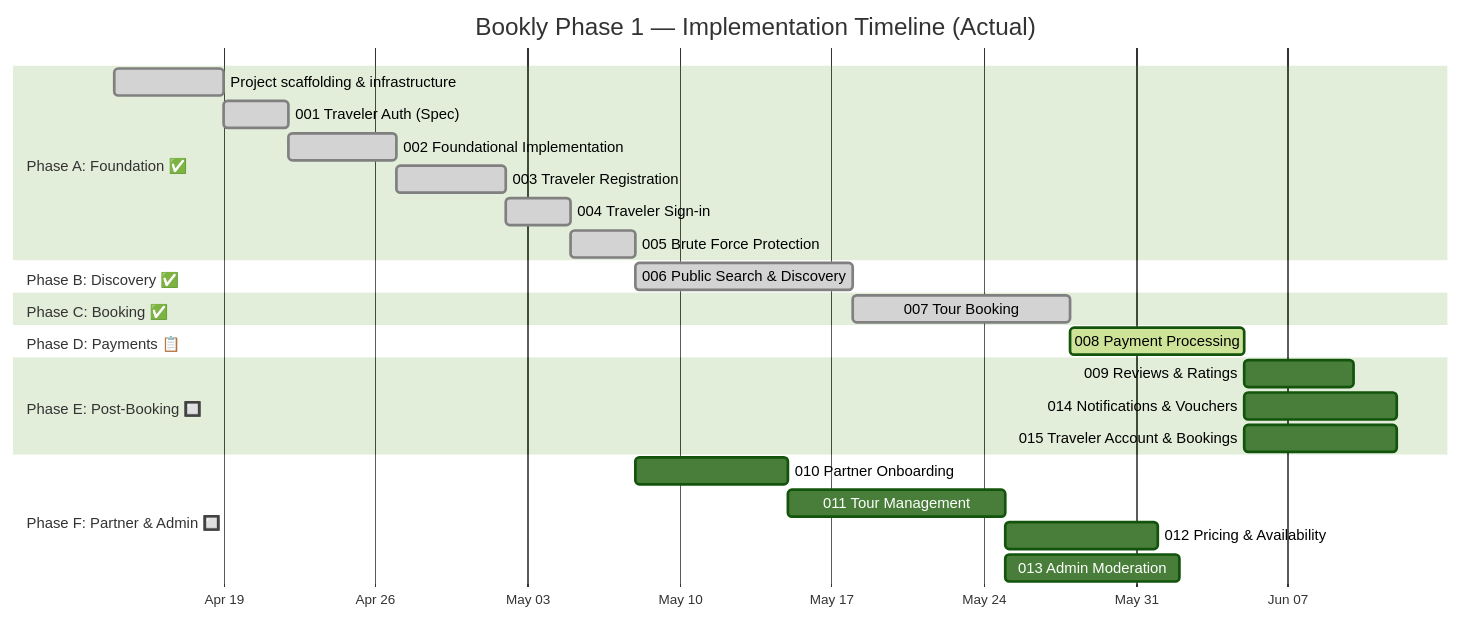
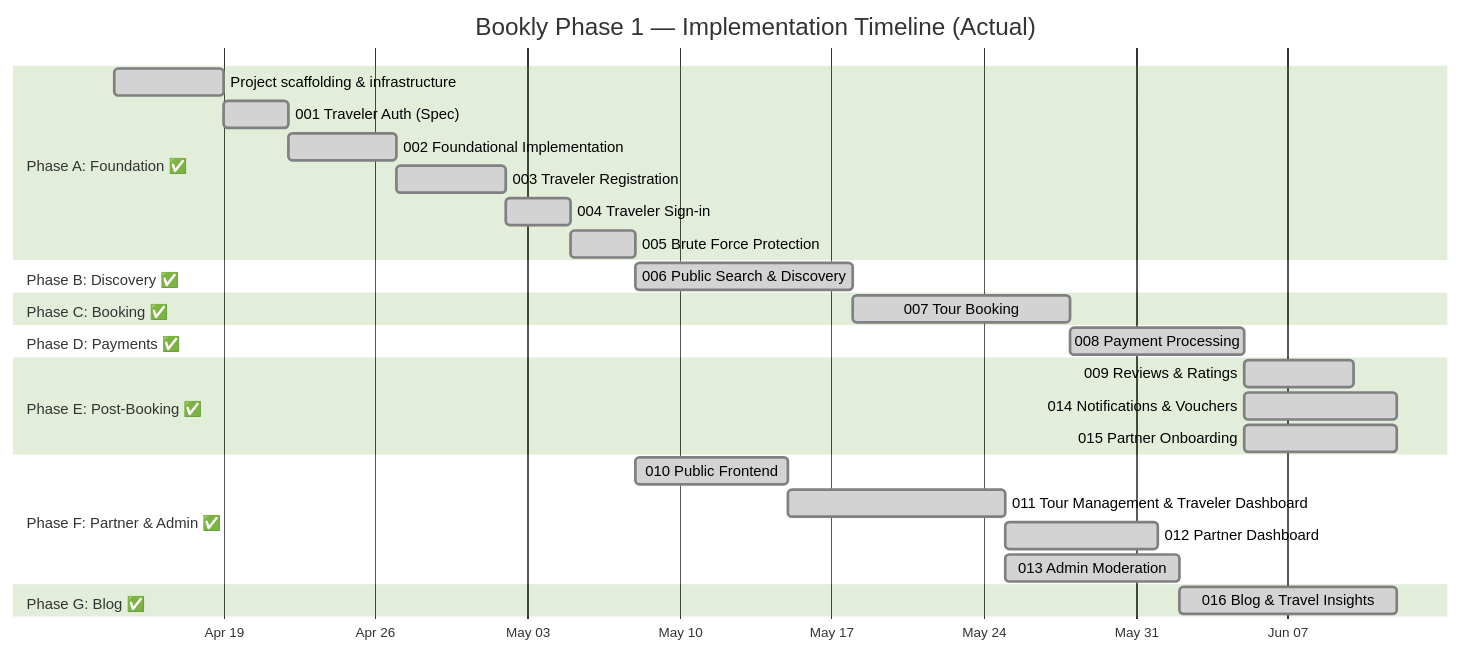
One commit to hatemsamirafifi/bookly-travel changed the diagram in docs/implementation-plan.md. Above: the diagram before and after it, drawn with Mermaid (forest theme). The commit also changed other lines of this file and 143 other files, not shown here.

````diff
--- a/docs/implementation-plan.md
+++ b/docs/implementation-plan.md
@@ -291,34 +297,37 @@
 ```mermaid
 gantt
     title Bookly Phase 1 — Implementation Timeline (Actual)
     dateFormat  YYYY-MM-DD
     axisFormat  %b %d
 
     section Phase A: Foundation ✅
     Project scaffolding & infrastructure       :done, a1, 2026-04-14, 5d
     001 Traveler Auth (Spec)                   :done, a2, after a1, 3d
     002 Foundational Implementation            :done, a3, after a2, 5d
     003 Traveler Registration                  :done, a4, after a3, 5d
     004 Traveler Sign-in                       :done, a5, after a4, 3d
     005 Brute Force Protection                 :done, a6, after a5, 3d
 
     section Phase B: Discovery ✅
     006 Public Search & Discovery              :done, b1, after a6, 10d
 
     section Phase C: Booking ✅
     007 Tour Booking                           :done, c1, after b1, 10d
 
-    section Phase D: Payments 📋
-    008 Payment Processing                     :active, d1, after c1, 8d
+    section Phase D: Payments ✅
+    008 Payment Processing                     :done, d1, after c1, 8d
 
-    section Phase E: Post-Booking 🔲
-    009 Reviews & Ratings                      :e1, after d1, 5d
-    014 Notifications & Vouchers               :e2, after d1, 7d
-    015 Traveler Account & Bookings            :e3, after d1, 7d
+    section Phase E: Post-Booking ✅
+    009 Reviews & Ratings                      :done, e1, after d1, 5d
+    014 Notifications & Vouchers               :done, e2, after d1, 7d
+    015 Partner Onboarding                     :done, e3, after d1, 7d
 
-    section Phase F: Partner & Admin 🔲
-    010 Partner Onboarding                     :f1, after a6, 7d
-    011 Tour Management                        :f2, after f1, 10d
-    012 Pricing & Availability                 :f3, after f2, 7d
-    013 Admin Moderation                       :f4, after f2, 8d
+    section Phase F: Partner & Admin ✅
+    010 Public Frontend                        :done, f1, after a6, 7d
+    011 Tour Management & Traveler Dashboard   :done, f2, after f1, 10d
+    012 Partner Dashboard                      :done, f3, after f2, 7d
+    013 Admin Moderation                       :done, f4, after f2, 8d
+
+    section Phase G: Blog ✅
+    016 Blog & Travel Insights                 :done, g1, after f4, 10d
 ```
````
